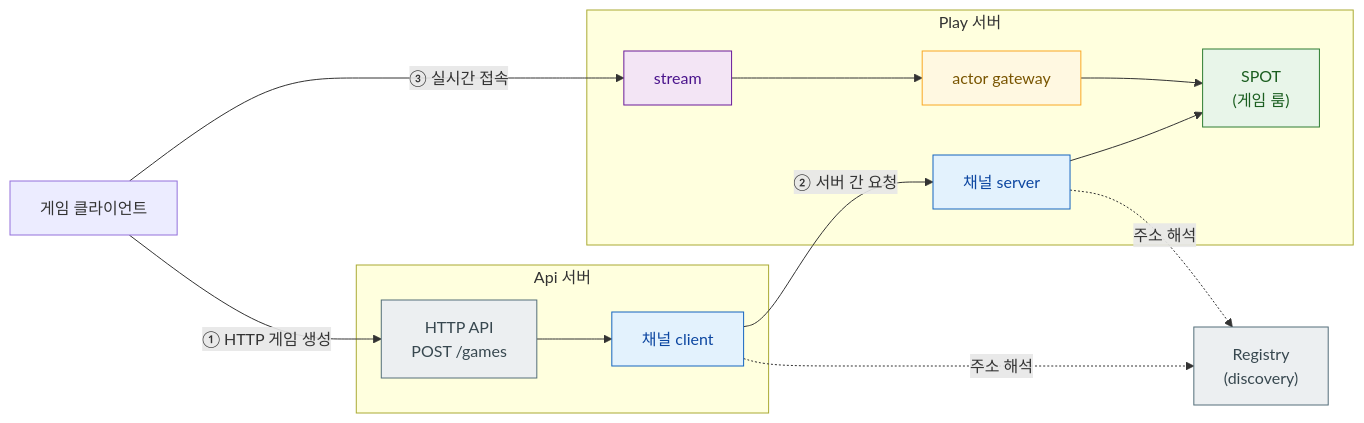
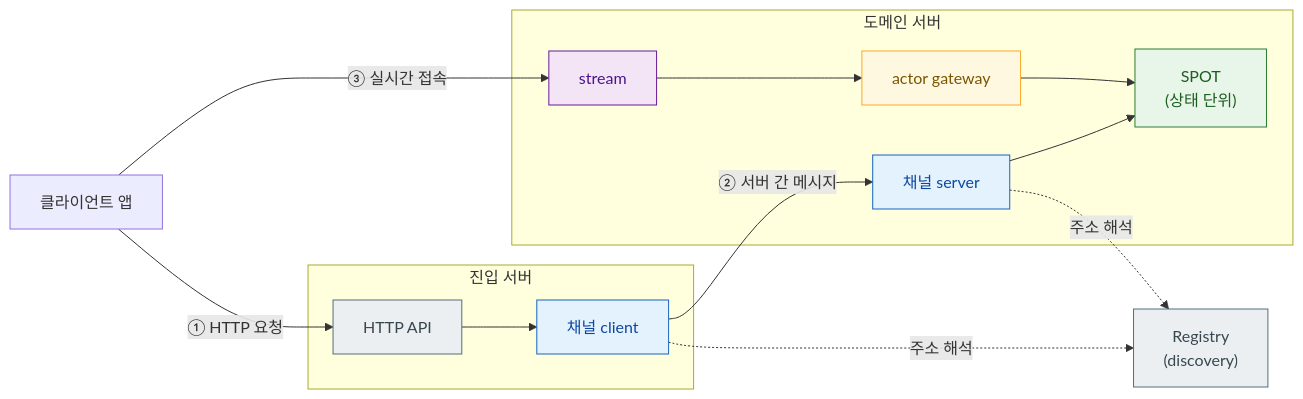
The first of 2 diagrams in framework/languages/cpp/doc/guide/README.ko.md (kairos-code-dev/zlink), drawn with Mermaid before and after one commit. The commit also changed other lines of this file and 1 other file, not shown here.

````diff
--- a/framework/languages/cpp/doc/guide/README.ko.md
+++ b/framework/languages/cpp/doc/guide/README.ko.md
@@ -31,29 +40,29 @@
 ```mermaid
 flowchart LR
-    Client["게임 클라이언트"]
-    subgraph Api["Api 서버"]
-        HTTP["HTTP API<br/>POST /games"]:::infra
+    Client["클라이언트 앱"]
+    subgraph Entry["진입 서버"]
+        HTTP["HTTP API"]:::infra
         ApiC["채널 client"]:::channel
     end
-    subgraph Play["Play 서버"]
-        PlayS["채널 server"]:::channel
-        SpotN["SPOT<br/>(게임 룸)"]:::spot
+    subgraph Core["도메인 서버"]
+        CoreS["채널 server"]:::channel
+        SpotN["SPOT<br/>(상태 단위)"]:::spot
         StreamN["stream"]:::stream
         ActorG["actor gateway"]:::actor
     end
     Registry["Registry<br/>(discovery)"]:::infra
 
-    Client -- "① HTTP 게임 생성" --> HTTP
+    Client -- "① HTTP 요청" --> HTTP
     HTTP --> ApiC
-    ApiC -- "② 서버 간 요청" --> PlayS
-    PlayS --> SpotN
+    ApiC -- "② 서버 간 메시지" --> CoreS
+    CoreS --> SpotN
     Client -- "③ 실시간 접속" --> StreamN
     StreamN --> ActorG --> SpotN
-    ApiC & PlayS -.->|"주소 해석"| Registry
+    ApiC & CoreS -.->|"주소 해석"| Registry
 
     classDef channel fill:#e3f2fd,stroke:#1565c0,color:#0d47a1
     classDef spot fill:#e8f5e9,stroke:#2e7d32,color:#1b5e20
     classDef actor fill:#fff8e1,stroke:#f9a825,color:#795500
     classDef stream fill:#f3e5f5,stroke:#6a1b9a,color:#4a148c
     classDef infra fill:#eceff1,stroke:#546e7a,color:#37474f
 ```
````
